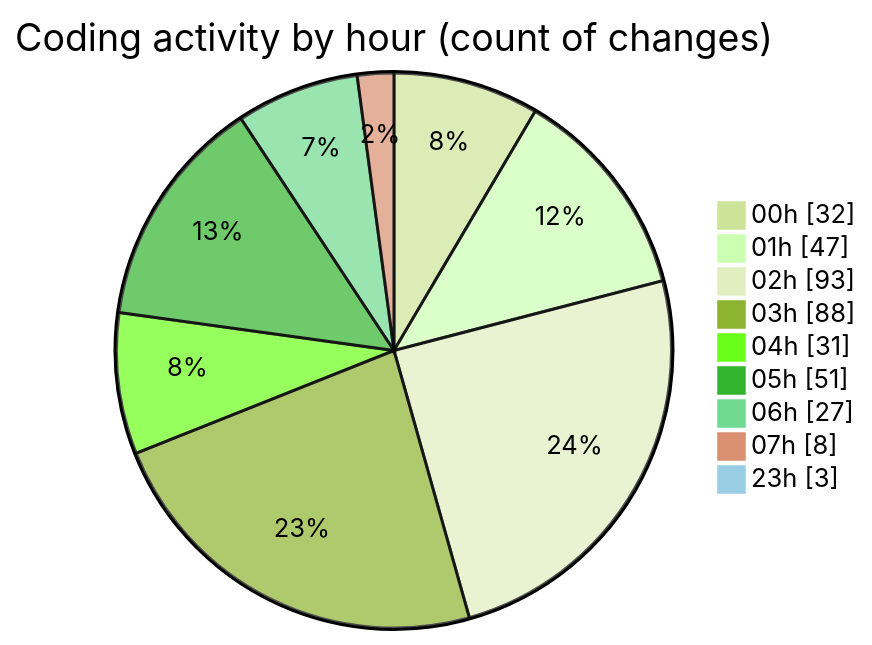
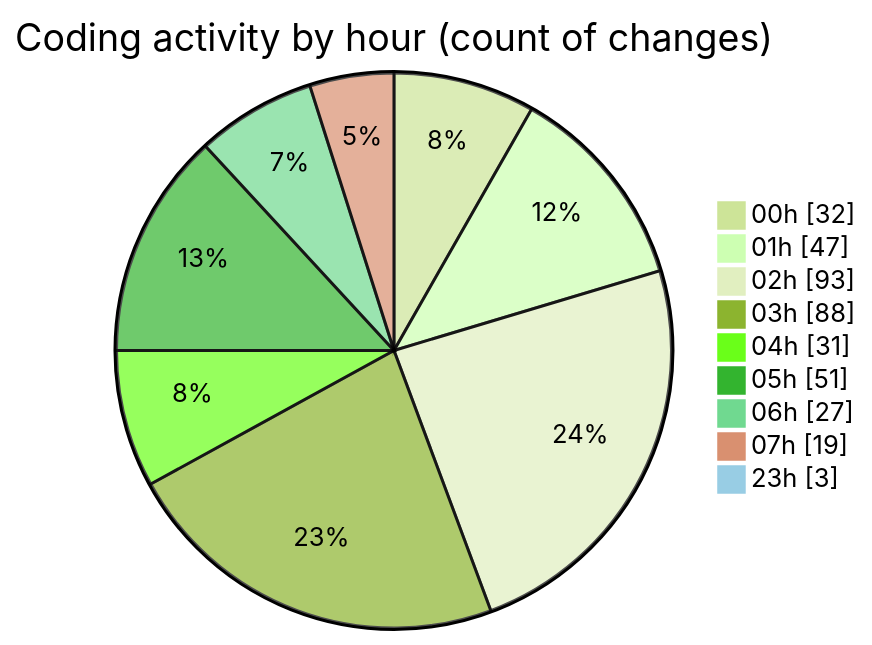
The second of 2 diagrams in 2025-07-28/quanlyrapchieuphim-1/README.md (lephambinh05/code-tracking), drawn with Mermaid (forest theme) before and after one commit. The commit also changed other lines of this file and 1 other file, not shown here.

````diff
--- a/2025-07-28/quanlyrapchieuphim-1/README.md
+++ b/2025-07-28/quanlyrapchieuphim-1/README.md
@@ -86,13 +90,13 @@
 ```mermaid
 pie showData
 title Coding activity by hour (count of changes)
 "00h" : 32
 "01h" : 47
 "02h" : 93
 "03h" : 88
 "04h" : 31
 "05h" : 51
 "06h" : 27
-"07h" : 8
+"07h" : 19
 "23h" : 3
 ```
````
